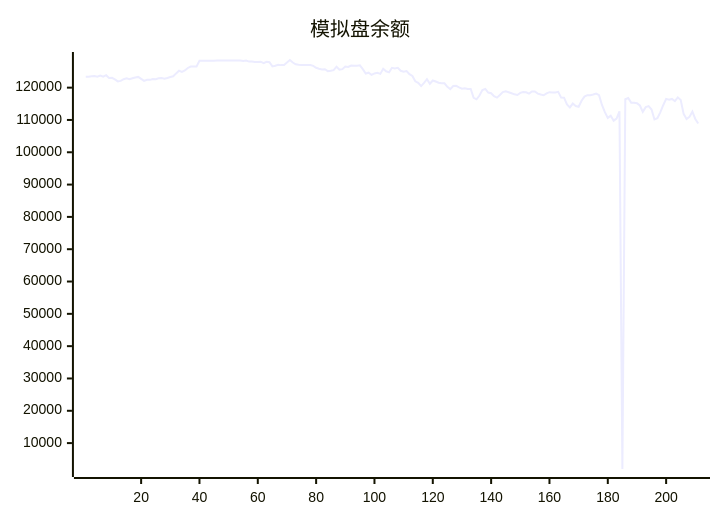
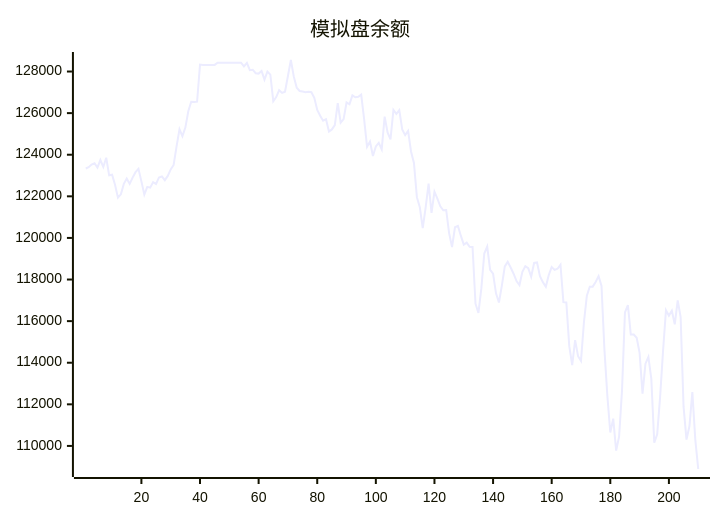
The diagram in README.md (aahl/ai-trading), drawn with Mermaid before and after one commit.

Commit message:
📈 AI Auto Trading

````diff
--- a/README.md
+++ b/README.md
@@ -5,5 +5,5 @@
 ```mermaid
 xychart
     title "模拟盘余额"
-    line [123338,123402,123530,123592,123378,123745,123413,123853,123009,123040,122557,121938,122095,122599,122856,122597,122898,123160,123319,122719,122087,122454,122416,122685,122592,122907,122961,122776,122981,123295,123507,124403,125224,124894,125303,126088,126544,126534,126549,128335,128318,128318,128318,128318,128318,128424,128424,128424,128424,128424,128424,128424,128424,128424,128247,128412,128062,128087,127917,127901,128026,127611,128000,127850,126572,126770,127100,126971,127029,127783,128554,127765,127224,127064,127044,127009,127025,127004,126738,126152,125871,125635,125707,125117,125217,125420,126480,125545,125715,126511,126424,126856,126764,126788,126890,125710,124381,124632,123936,124402,124574,124256,125833,125070,124739,126154,125966,126145,125213,124943,125143,124157,123604,121959,121476,120476,121470,122610,121201,122221,121889,121522,121332,121344,120232,119559,120513,120577,120108,119680,119777,119572,119568,116839,116392,117573,119250,119585,118469,118277,117338,116897,117706,118628,118849,118579,118280,117926,117735,118373,118639,118544,118136,118798,118819,118162,117874,117649,118215,118601,118463,118517,118713,116911,116899,114798,113887,115084,114313,114091,115934,117221,117658,117658,117883,118164,117693,114632,112403,110644,111313,109777,110444,112673,1984,116419,116772,115355,115355,115198,114476,112510,113954,114276,113223,110151,110561,112361,114562,116522,116265,116500,115845,117000,116199,111887,110306,110942,112588,110318,108891]
+    line [123338,123402,123530,123592,123378,123745,123413,123853,123009,123040,122557,121938,122095,122599,122856,122597,122898,123160,123319,122719,122087,122454,122416,122685,122592,122907,122961,122776,122981,123295,123507,124403,125224,124894,125303,126088,126544,126534,126549,128335,128318,128318,128318,128318,128318,128424,128424,128424,128424,128424,128424,128424,128424,128424,128247,128412,128062,128087,127917,127901,128026,127611,128000,127850,126572,126770,127100,126971,127029,127783,128554,127765,127224,127064,127044,127009,127025,127004,126738,126152,125871,125635,125707,125117,125217,125420,126480,125545,125715,126511,126424,126856,126764,126788,126890,125710,124381,124632,123936,124402,124574,124256,125833,125070,124739,126154,125966,126145,125213,124943,125143,124157,123604,121959,121476,120476,121470,122610,121201,122221,121889,121522,121332,121344,120232,119559,120513,120577,120108,119680,119777,119572,119568,116839,116392,117573,119250,119585,118469,118277,117338,116897,117706,118628,118849,118579,118280,117926,117735,118373,118639,118544,118136,118798,118819,118162,117874,117649,118215,118601,118463,118517,118713,116911,116899,114798,113887,115084,114313,114091,115934,117221,117658,117658,117883,118164,117693,114632,112403,110644,111313,109777,110444,112673,116419,116772,115355,115355,115198,114476,112510,113954,114276,113223,110151,110561,112361,114562,116522,116265,116500,115845,117000,116199,111887,110306,110942,112588,110318,108891]
 ```
````
